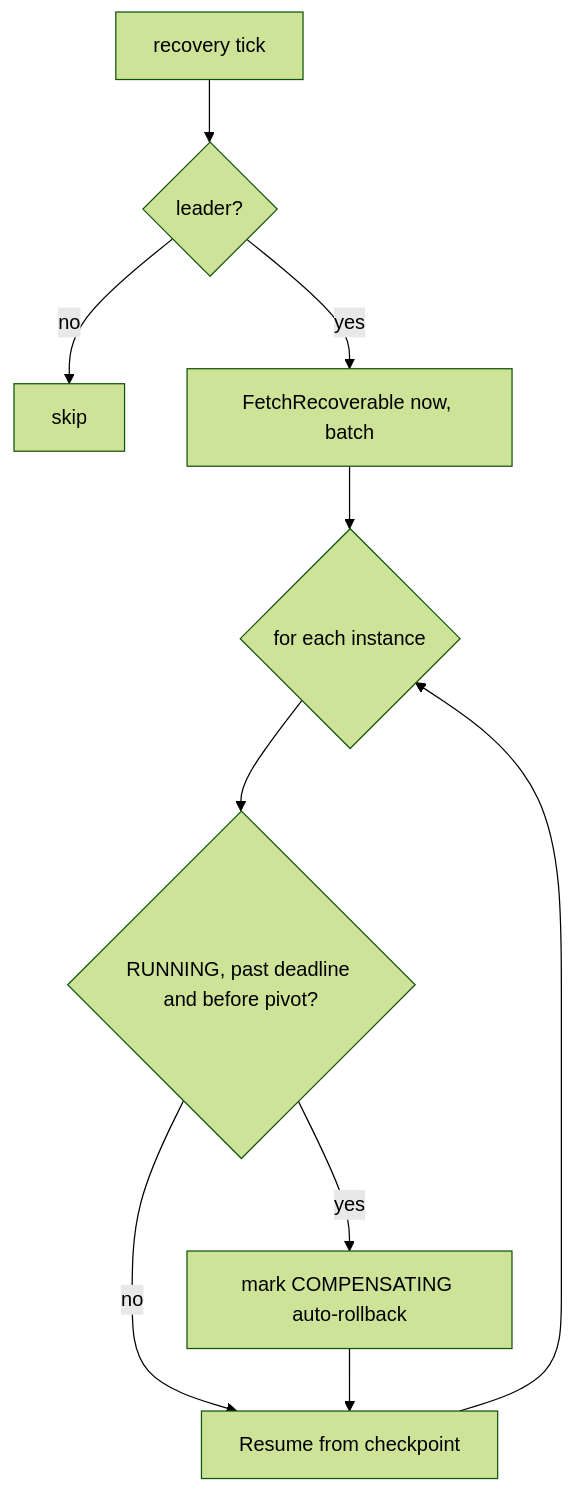
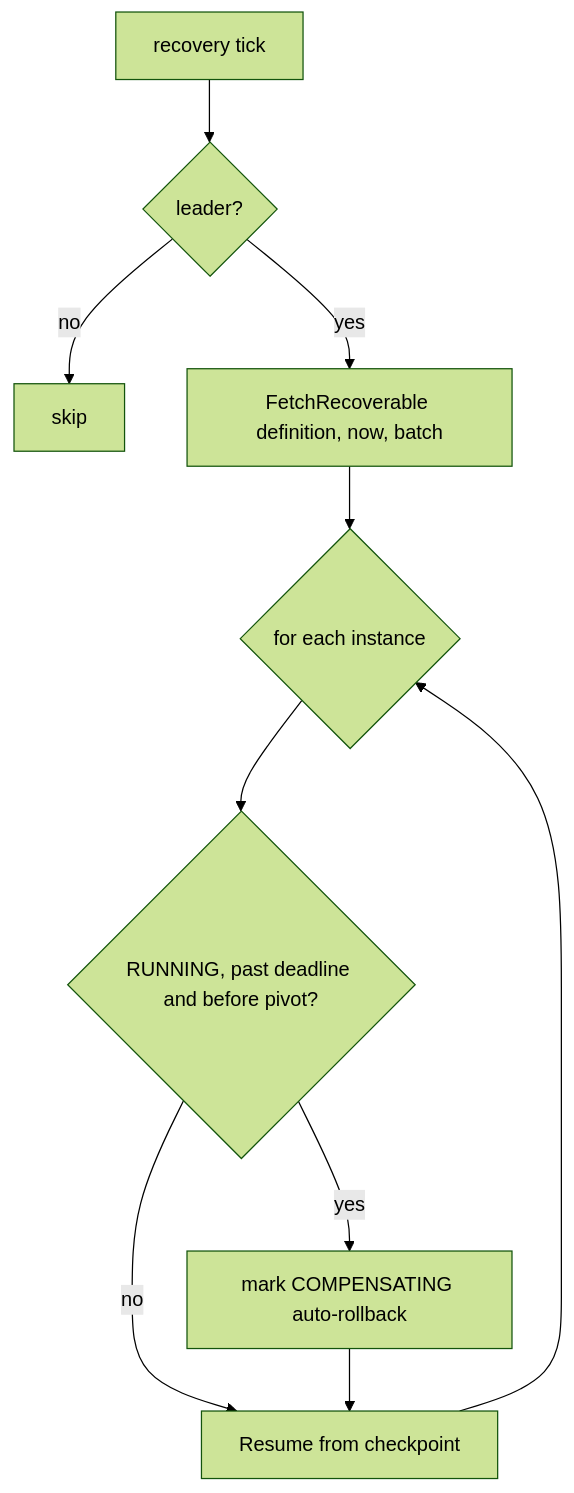
The sixth of 7 diagrams in docs/data/saga.md (altessa-s/go-atlas), drawn with Mermaid (forest theme) before and after one commit. The commit also changed other lines of this file and 23 other files, not shown here.

````diff
--- a/docs/data/saga.md
+++ b/docs/data/saga.md
@@ -170,12 +171,12 @@
 ```mermaid
 flowchart TD
     Tick[recovery tick] --> Leader{leader?}
     Leader -- no --> Done[skip]
-    Leader -- yes --> Fetch[FetchRecoverable now, batch]
+    Leader -- yes --> Fetch[FetchRecoverable definition, now, batch]
     Fetch --> Loop{for each instance}
     Loop --> DL{RUNNING, past deadline and before pivot?}
     DL -- yes --> Flip[mark COMPENSATING auto-rollback]
     DL -- no --> Resume[Resume from checkpoint]
     Flip --> Resume
     Resume --> Loop
 ```
````
